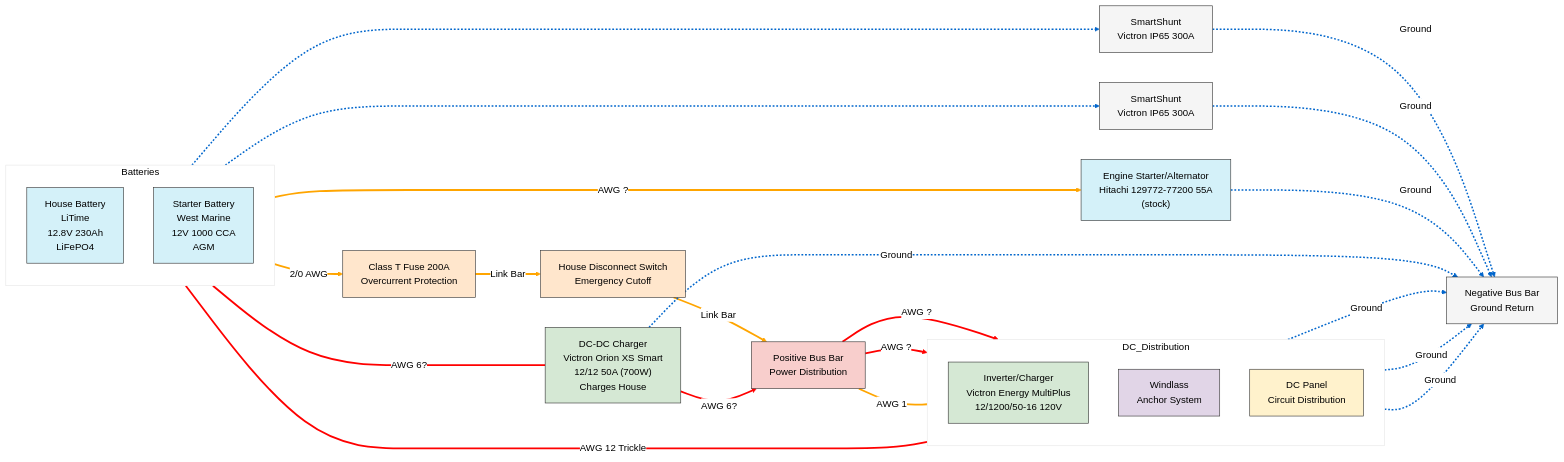
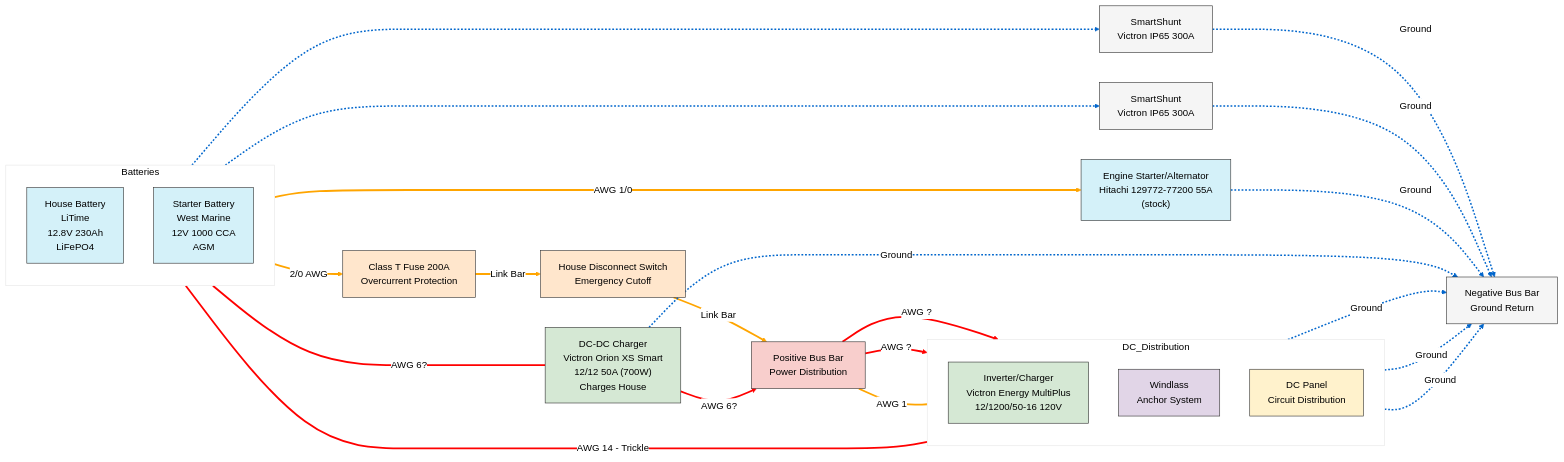
Before and after one commit to jkrauska/graceElectrical: the diagram in 2025-electrical-upgrade.md, drawn with Mermaid.

```diff
--- a/2025-electrical-upgrade.md
+++ b/2025-electrical-upgrade.md
@@ -87,11 +87,11 @@
   
   %% Starter battery and DC-DC charger connections
   %% LinkStyle 6 (red)
-  starter_battery -->|"AWG ?"| alternator
+  starter_battery -->|"AWG 1/0"| alternator
   %% LinkStyle 7 (red)
   starter_battery ---|AWG 6?| dc_dc_charger
   %% LinkStyle 8 (red)
-  starter_battery ---|AWG 12 Trickle | inverter_charger
+  starter_battery ---|AWG 14 - Trickle | inverter_charger
   %% LinkStyle 9 (red)
   dc_dc_charger -->|AWG 6?| positive_bus
   
```
